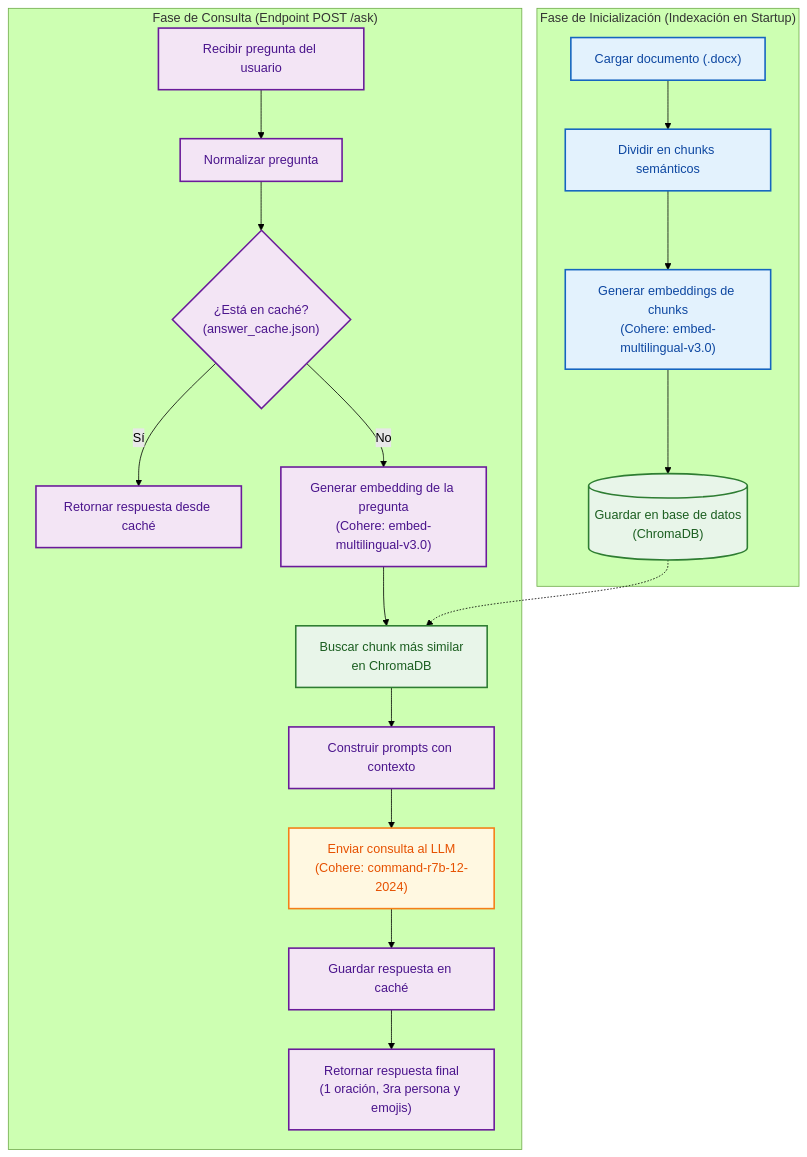
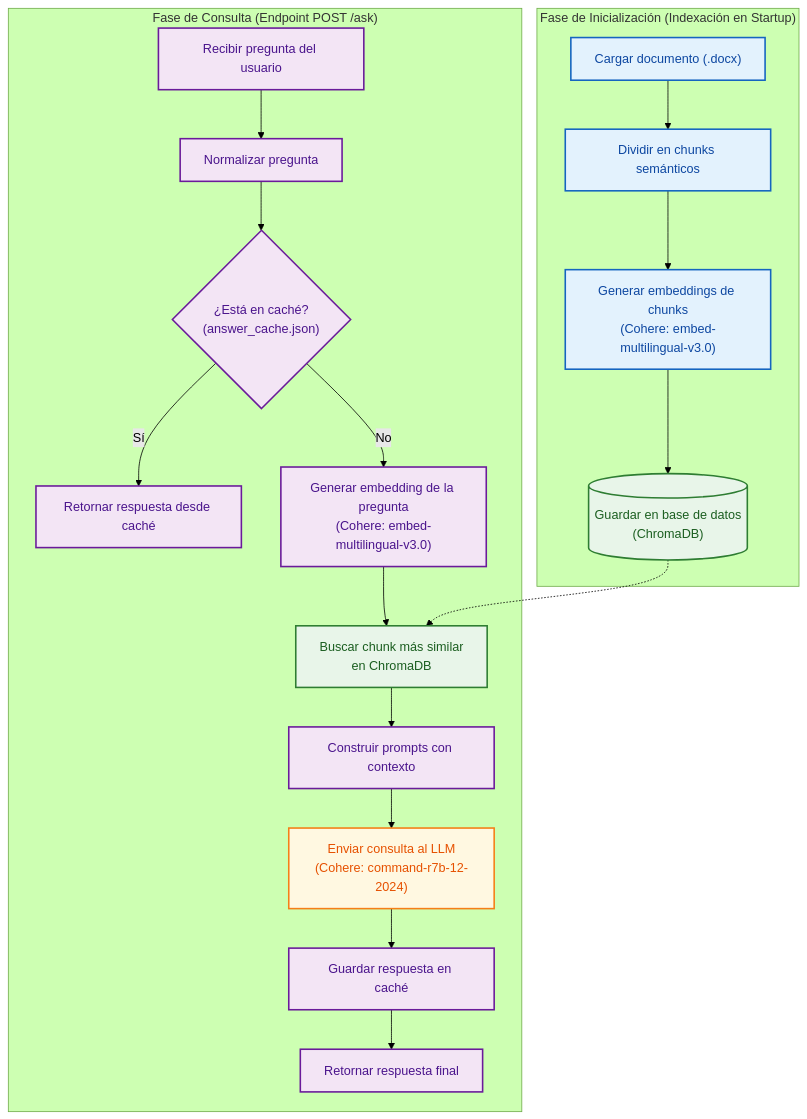
The diagram in README.md (virginia-carrizo-bello/rag-document-assistant), drawn with Mermaid (forest theme) before and after one commit.

Commit message:
correccion en README.md

````diff
--- a/README.md
+++ b/README.md
@@ -40,32 +40,32 @@
 ```mermaid
 flowchart TD
     %% Estilos de nodos
     classDef startup fill:#e3f2fd,stroke:#1565c0,stroke-width:2px,color:#0d47a1;
     classDef query fill:#f3e5f5,stroke:#6a1b9a,stroke-width:2px,color:#4a148c;
     classDef database fill:#e8f5e9,stroke:#2e7d32,stroke-width:2px,color:#1b5e20;
     classDef llm fill:#fff8e1,stroke:#f57f17,stroke-width:2px,color:#e65100;
 
     subgraph Inicializacion ["Fase de Inicialización (Indexación en Startup)"]
         A["Cargar documento (.docx)"] --> B["Dividir en chunks semánticos"]
         B --> C["Generar embeddings de chunks<br>(Cohere: embed-multilingual-v3.0)"]
         C --> D[("Guardar en base de datos<br>(ChromaDB)")]
     end
 
     subgraph Consulta ["Fase de Consulta (Endpoint POST /ask)"]
         E["Recibir pregunta del usuario"] --> F["Normalizar pregunta"]
         F --> G{"¿Está en caché?<br>(answer_cache.json)"}
         G -- "Sí" --> H["Retornar respuesta desde caché"]
         G -- "No" --> I["Generar embedding de la pregunta<br>(Cohere: embed-multilingual-v3.0)"]
         I --> J["Buscar chunk más similar<br>en ChromaDB"]
         D -.-> J
         J --> K["Construir prompts con contexto"]
         K --> L["Enviar consulta al LLM<br>(Cohere: command-r7b-12-2024)"]
         L --> M["Guardar respuesta en caché"]
-        M --> N["Retornar respuesta final<br>(1 oración, 3ra persona y emojis)"]
+        M --> N["Retornar respuesta final"]
     end
 
     class A,B,C startup;
     class E,F,G,H,I,K,M,N query;
     class D,J database;
     class L llm;
 ```
````
